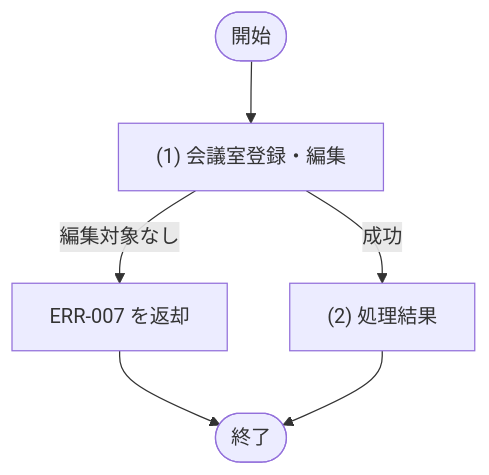
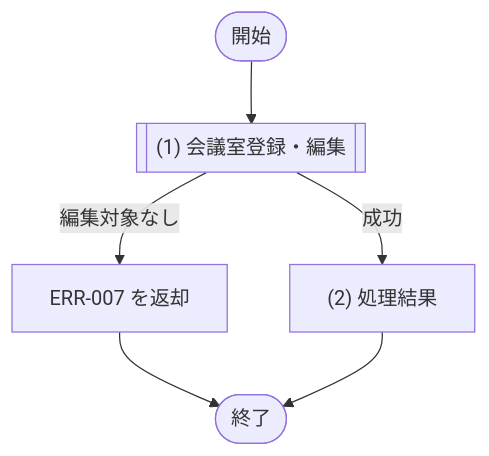
The diagram in docs/03_機能設計/03_API設計/API-007_会議室登録・編集.md (sikakou54/system-document-template), drawn with Mermaid before and after one commit. The commit also changed 28 other files, not shown here.

````diff
--- a/docs/03_機能設計/03_API設計/API-007_会議室登録・編集.md
+++ b/docs/03_機能設計/03_API設計/API-007_会議室登録・編集.md
@@ -51,12 +51,12 @@
 ```mermaid
 flowchart TD
   Start([開始])
-  P1["(1) 会議室登録・編集"]
+  P1[["(1) 会議室登録・編集"]]
   E1["ERR-007 を返却"]
   P2["(2) 処理結果"]
   End([終了])
 
   Start --> P1
   P1 -- "編集対象なし" --> E1 --> End
   P1 -- "成功" --> P2 --> End
 ```
````
